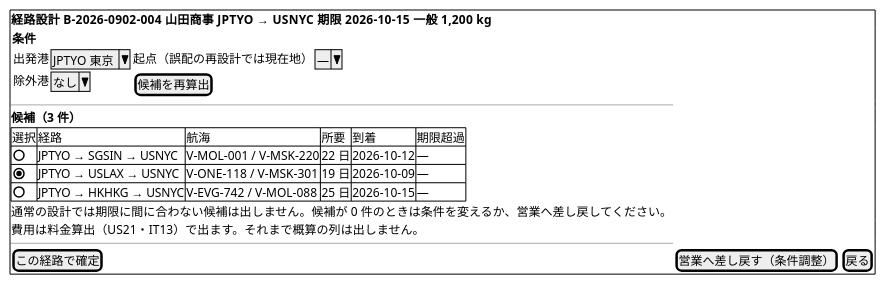
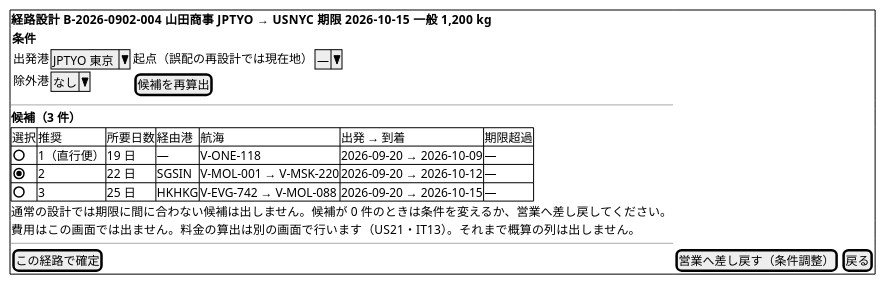
Before and after one commit to k2works/case-study-cargo-tracker: diagram 23 of 32 in docs/design/cargo-tracker/ui_design.md, drawn with PlantUML. The commit also changed other lines of this file and 64 other files, not shown here.

````diff
--- a/docs/design/cargo-tracker/ui_design.md
+++ b/docs/design/cargo-tracker/ui_design.md
@@ -1046,24 +1048,24 @@
 ```plantuml
 @startsalt
 {+
   <b>経路設計  B-2026-0902-004  山田商事  JPTYO → USNYC  期限 2026-10-15  一般 1,200 kg
   {
     <b>条件
     { 出発港 | ^JPTYO 東京^ | 起点（誤配の再設計では現在地） | ^—^
       除外港 | ^なし^ | [候補を再算出] }
   }
   ---
   <b>候補（3 件）
   {#
-    選択 | 経路 | 航海 | 所要 | 到着 | 期限超過
-    ( ) | JPTYO → SGSIN → USNYC | V-MOL-001 / V-MSK-220 | 22 日 | 2026-10-12 | —
-    (X) | JPTYO → USLAX → USNYC | V-ONE-118 / V-MSK-301 | 19 日 | 2026-10-09 | —
-    ( ) | JPTYO → HKHKG → USNYC | V-EVG-742 / V-MOL-088 | 25 日 | 2026-10-15 | —
+    選択 | 推奨 | 所要日数 | 経由港 | 航海 | 出発 → 到着 | 期限超過
+    ( ) | 1（直行便） | 19 日 | — | V-ONE-118 | 2026-09-20 → 2026-10-09 | —
+    (X) | 2 | 22 日 | SGSIN | V-MOL-001 → V-MSK-220 | 2026-09-20 → 2026-10-12 | —
+    ( ) | 3 | 25 日 | HKHKG | V-EVG-742 → V-MOL-088 | 2026-09-20 → 2026-10-15 | —
   }
   通常の設計では期限に間に合わない候補は出しません。候補が 0 件のときは条件を変えるか、営業へ差し戻してください。
-  費用は料金算出（US21・IT13）で出ます。それまで概算の列は出しません。
+  費用はこの画面では出ません。料金の算出は別の画面で行います（US21・IT13）。それまで概算の列は出しません。
   ---
   [この経路で確定] | [営業へ差し戻す（条件調整）] | [戻る]
 }
 @endsalt
 ```
````
